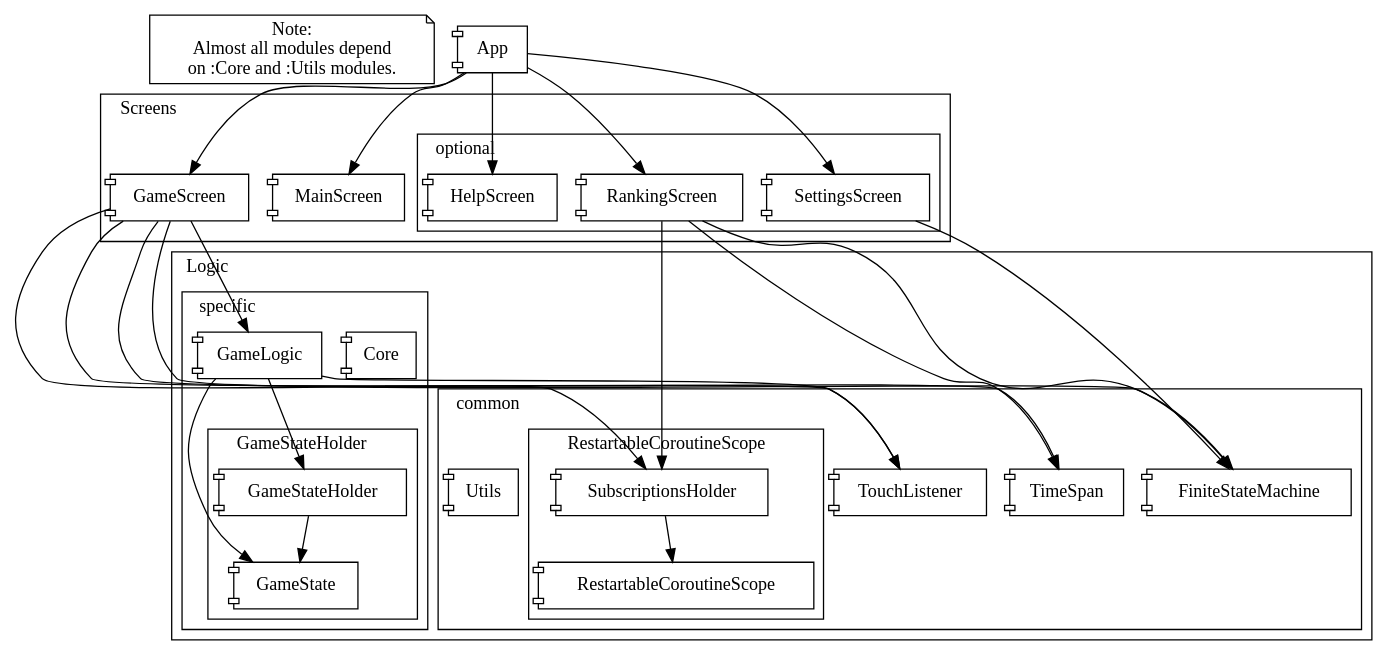
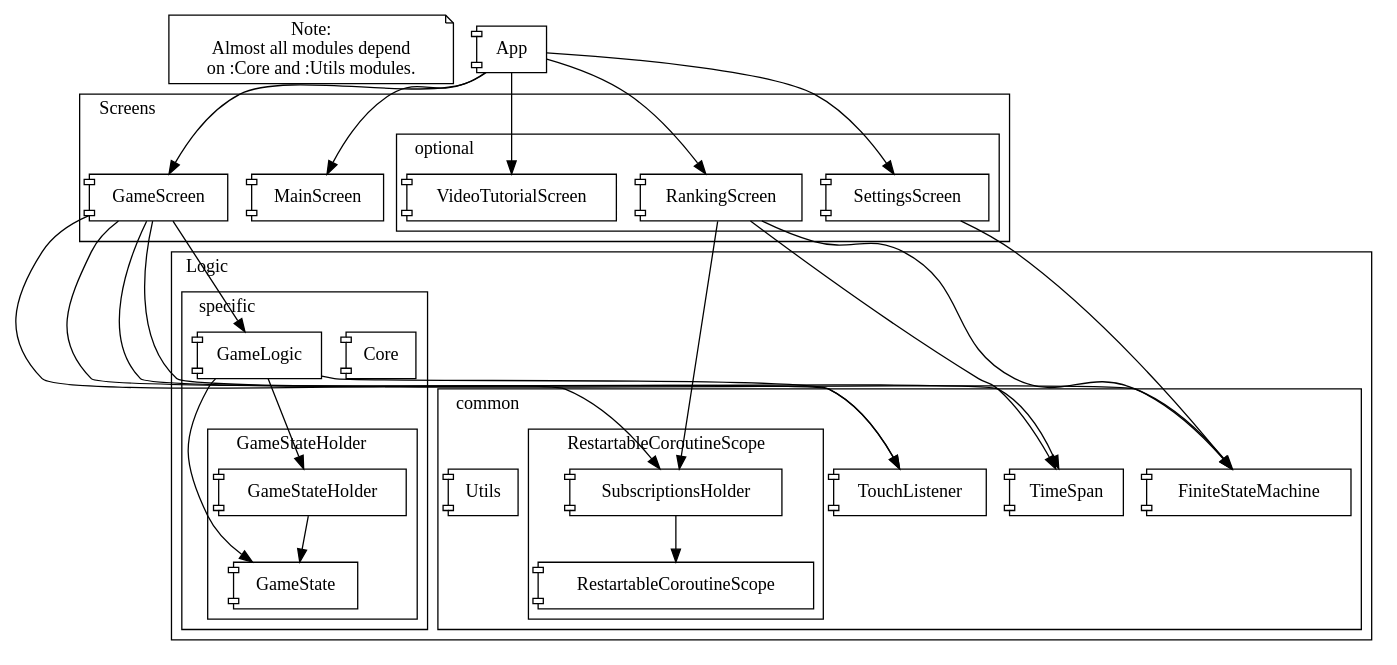
The diagram in projectinfo/modulesscheme/modulesscheme.dot (surovtsev-alexander/cool_3d_minesweeper), drawn with Graphviz before and after one commit. The commit also changed 19 other files, not shown here.

Commit message:
rename HelpScreen  to VideoTutorialScreen

```diff
--- a/projectinfo/modulesscheme/modulesscheme.dot
+++ b/projectinfo/modulesscheme/modulesscheme.dot
@@ -1,124 +1,124 @@
 digraph G {
     graph[center=true];
     node[shape=component];
 //    rankdir=LR;
 //    nodesep=0.5;
 //    edge [ constraint=false ];
 //    fontsize=18;
     labeljust="l";
 
     Note [shape="note", label="Note:\nAlmost all modules depend\non :Core and :Utils modules."];
 
     App;
 
     subgraph cluster_1 {
         label="Logic";
 
         subgraph cluster_2 {
             label="common"
 
             FiniteStateMachine;
 
             subgraph cluster_3 {
                 label="RestartableCoroutineScope"
 
                 RestartableCoroutineScope;
                 SubscriptionsHolder;
             }
 
             TimeSpan;
             TouchListener;
             Utils [shape=component];
         }
 
         subgraph cluster_4 {
             label="specific";
 
             Core;
             GameLogic;
 
             subgraph cluster5 {
                 label = "GameStateHolder"
 
                 GameState;
                 GameStateHolder;
             };
         };
     };
 
     subgraph cluster_6 {
         label="Screens";
 
         GameScreen;
         MainScreen;
 
         subgraph cluster_7 {
             label="optional";
 
-            HelpScreen;
+            VideoTutorialScreen;
             RankingScreen;
             SettingsScreen;
         };
     };
 
 //    App -> Core;
 //    App -> Utils;
     App -> MainScreen;
     App -> GameScreen;
     App -> RankingScreen;
     App -> SettingsScreen;
-    App -> HelpScreen;
+    App -> VideoTutorialScreen;
 
 //    Core -> Utils;
 //    Core -> FiniteStateMachine;
 
 //    GameLogic -> Core;
 //    GameLogic -> Utils;
     GameLogic -> TouchListener;
     GameLogic -> GameState;
     GameLogic -> GameStateHolder;
 
 //    FiniteStateMachine -> Utils;
 
 //    TimeSpan -> Core;
 //    TimeSpan -> Utils;
 
 //    TouchListener -> Core;
 //    TouchListener -> Utils;
 
-//    HelpScreen -> Core;
+//    VideoTutorialScreen -> Core;
 
 //    RankingScreen -> Core;
 //    RankingScreen -> Utils;
     RankingScreen -> FiniteStateMachine;
 //    RankingScreen -> RestartableCoroutineScope;
     RankingScreen -> SubscriptionsHolder;
     RankingScreen -> TimeSpan;
 
     SubscriptionsHolder -> RestartableCoroutineScope;
 
 //    GameState -> Core;
 //    GameState -> Utils;
 
 //    GameStateHolder -> Core;
     GameStateHolder -> GameState;
 
 //    RestartableCoroutineScope -> Utils;
 
 //    SettingsScreen -> Core;
 //    SettingsScreen -> Utils;
     SettingsScreen -> FiniteStateMachine;
 
 //    SubscriptionsHolder -> Utils;
 
 //    GameScreen -> Core;
 //    GameScreen -> Utils;
     GameScreen -> FiniteStateMachine;
     GameScreen -> GameLogic;
 //    GameScreen -> RestartableCoroutineScope;
     GameScreen -> SubscriptionsHolder;
     GameScreen -> TouchListener;
     GameScreen -> TimeSpan;
 
 //    MainScreen -> Core;
 }
```
